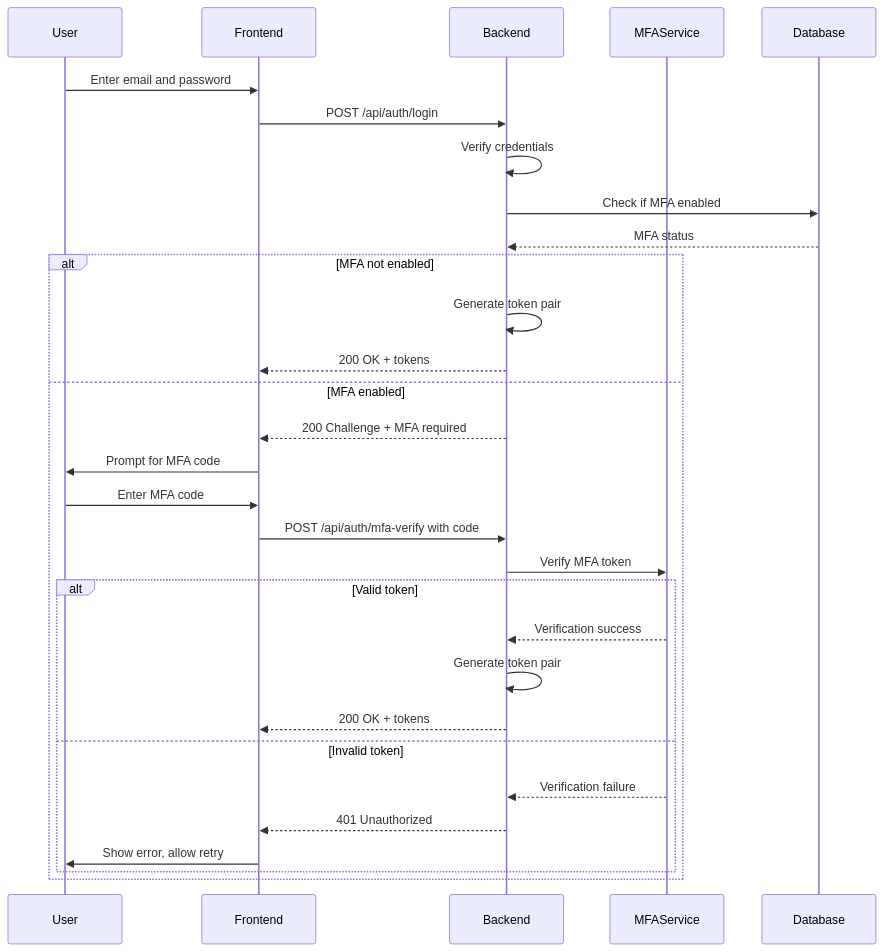
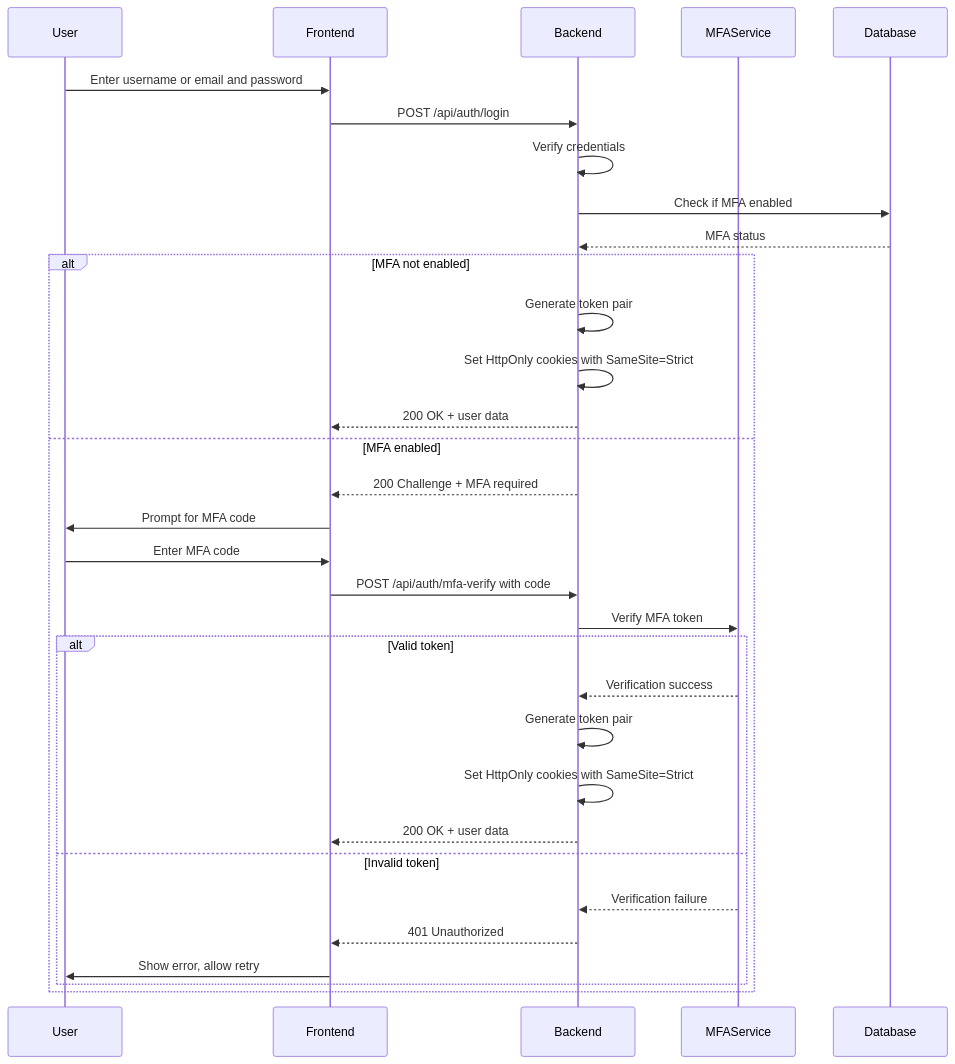
Diagram 11 of 16 in .qoder/repowiki/en/content/Authentication & User Management/Authentication & User Management.md (Brimstow/ThumPiks), drawn with Mermaid before and after one commit. The commit also changed other lines of this file and 900 other files, not shown here.

````diff
--- a/.qoder/repowiki/en/content/Authentication & User Management/Authentication & User Management.md
+++ b/.qoder/repowiki/en/content/Authentication & User Management/Authentication & User Management.md
@@ -241,31 +566,33 @@
 ```mermaid
 sequenceDiagram
 participant User
 participant Frontend
 participant Backend
 participant MFAService
-User->>Frontend : Enter email and password
+User->>Frontend : Enter username or email and password
 Frontend->>Backend : POST /api/auth/login
 Backend->>Backend : Verify credentials
 Backend->>Database : Check if MFA enabled
 Database-->>Backend : MFA status
 alt MFA not enabled
 Backend->>Backend : Generate token pair
-Backend-->>Frontend : 200 OK + tokens
+Backend->>Backend : Set HttpOnly cookies with SameSite=Strict
+Backend-->>Frontend : 200 OK + user data
 else MFA enabled
 Backend-->>Frontend : 200 Challenge + MFA required
 Frontend->>User : Prompt for MFA code
 User->>Frontend : Enter MFA code
 Frontend->>Backend : POST /api/auth/mfa-verify with code
 Backend->>MFAService : Verify MFA token
 alt Valid token
 MFAService-->>Backend : Verification success
 Backend->>Backend : Generate token pair
-Backend-->>Frontend : 200 OK + tokens
+Backend->>Backend : Set HttpOnly cookies with SameSite=Strict
+Backend-->>Frontend : 200 OK + user data
 else Invalid token
 MFAService-->>Backend : Verification failure
 Backend-->>Frontend : 401 Unauthorized
 Frontend->>User : Show error, allow retry
 end
 end
 ```
````
